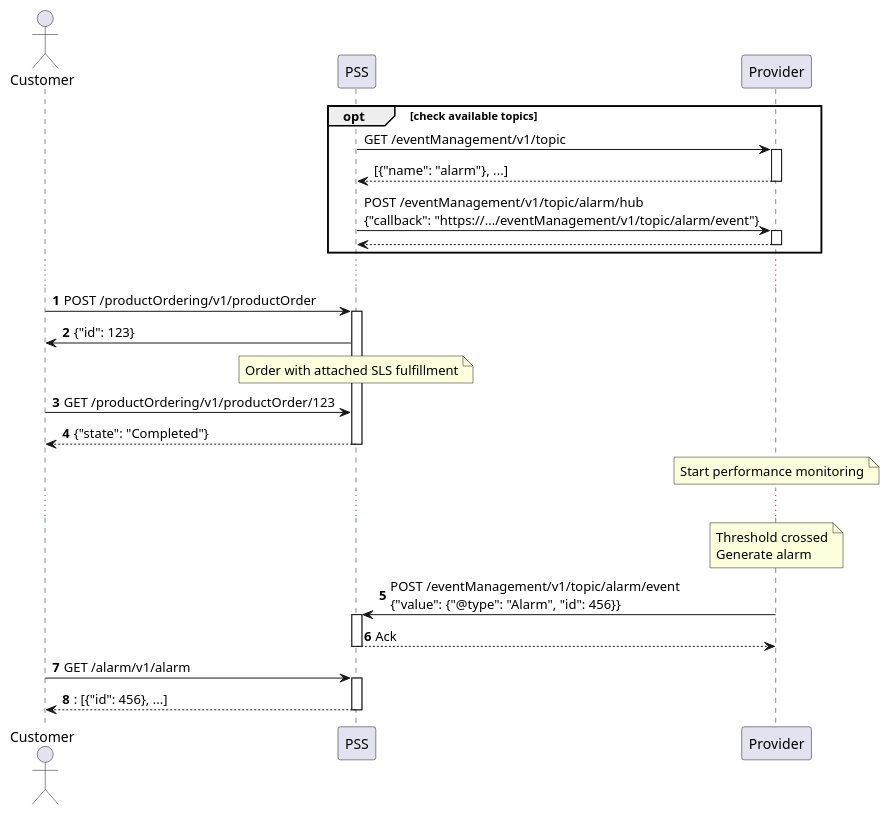
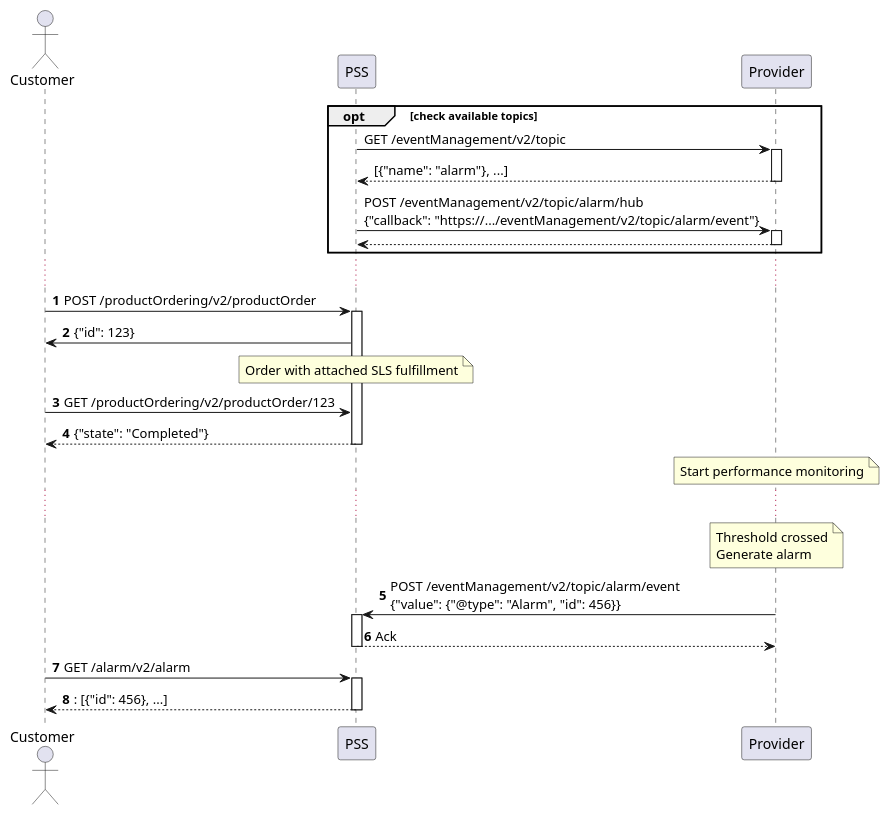
Before and after one commit to psi-consortium/psi: the first of 2 diagrams in doc/PSI/PSI-TOD/tasks/TOD-06-06-Alarm_Management.md, drawn with PlantUML. The commit also changed 1093 other files, not shown here.

````diff
--- a/doc/PSI/PSI-TOD/tasks/TOD-06-06-Alarm_Management.md
+++ b/doc/PSI/PSI-TOD/tasks/TOD-06-06-Alarm_Management.md
@@ -13,40 +13,40 @@
 ```plantuml
 @startuml
 actor Customer
 participant PSS
 participant Provider as PVD
 
 
 opt check available topics
-    PSS -> PVD ++ : GET /eventManagement/v1/topic
+    PSS -> PVD ++ : GET /eventManagement/v2/topic
     return [{"name": "alarm"}, ...]
 
-PSS -> PVD ++ : POST /eventManagement/v1/topic/alarm/hub\n{"callback": "https://.../eventManagement/v1/topic/alarm/event"}
+PSS -> PVD ++ : POST /eventManagement/v2/topic/alarm/hub\n{"callback": "https://.../eventManagement/v2/topic/alarm/event"}
 return
 
 end
 
 ...
 
 autonumber
 
-Customer -> PSS ++: POST /productOrdering/v1/productOrder
+Customer -> PSS ++: POST /productOrdering/v2/productOrder
 PSS -> Customer: {"id": 123}
 note over PSS: Order with attached SLS fulfillment
-Customer -> PSS: GET /productOrdering/v1/productOrder/123
+Customer -> PSS: GET /productOrdering/v2/productOrder/123
 return {"state": "Completed"}
 
 note over PVD: Start performance monitoring
 
 ...
 
 note over PVD: Threshold crossed\nGenerate alarm
 
-PVD -> PSS ++ : POST /eventManagement/v1/topic/alarm/event\n{"value": {"@type": "Alarm", "id": 456}}
+PVD -> PSS ++ : POST /eventManagement/v2/topic/alarm/event\n{"value": {"@type": "Alarm", "id": 456}}
 return Ack
 
-Customer -> PSS ++: GET /alarm/v1/alarm
+Customer -> PSS ++: GET /alarm/v2/alarm
 return: [{"id": 456}, ...]
 
 @enduml
 ```
````
